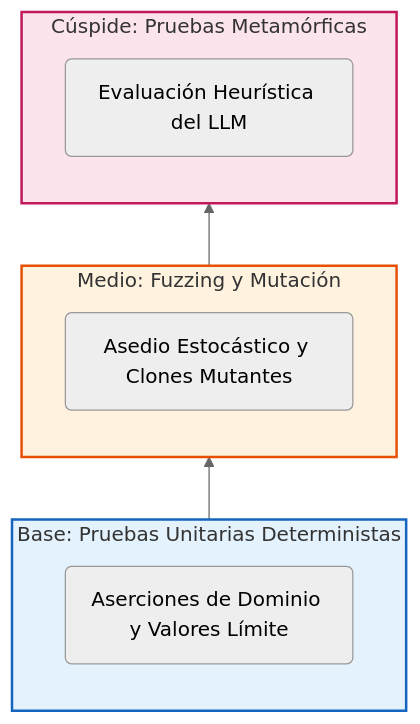
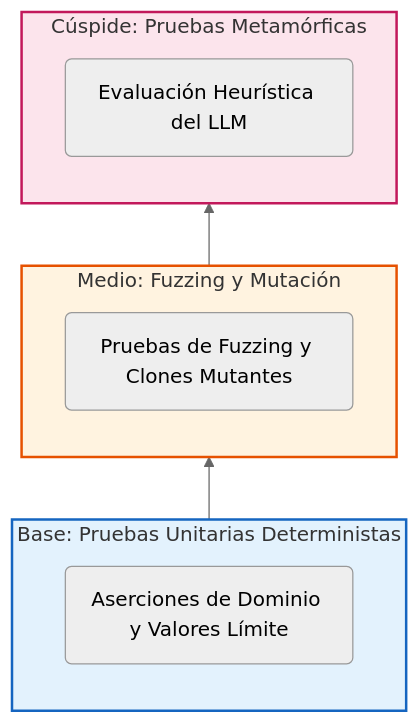
One commit to JesusSolisOrtega/agentic-deployer changed the diagram in memoria/7_QA_y_Testing.md. Above: the diagram before and after it, drawn with Mermaid (neutral theme). The commit also changed other lines of this file and 15 other files, not shown here.

````diff
--- a/memoria/7_QA_y_Testing.md
+++ b/memoria/7_QA_y_Testing.md
@@ -9,30 +9,30 @@
 ```mermaid
 flowchart BT
   %% Base de la pirámide
   subgraph Base [Base: Pruebas Unitarias Deterministas]
     direction BT
     U(Aserciones de Dominio y Valores Límite)
   end
 
   %% Estrato Medio
   subgraph Medio [Medio: Fuzzing y Mutación]
     direction BT
-    F(Asedio Estocástico y Clones Mutantes)
+    F(Pruebas de Fuzzing y Clones Mutantes)
   end
 
   %% Cúspide
   subgraph Cuspide [Cúspide: Pruebas Metamórficas]
     direction BT
     M(Evaluación Heurística del LLM)
   end
 
   Base --> Medio --> Cuspide
 
   classDef base fill:#e3f2fd,stroke:#1565c0,stroke-width:2px;
   classDef mid fill:#fff3e0,stroke:#e65100,stroke-width:2px;
   classDef top fill:#fce4ec,stroke:#c2185b,stroke-width:2px;
 
   class Base base;
   class Medio mid;
   class Cuspide top;
 ```
````
